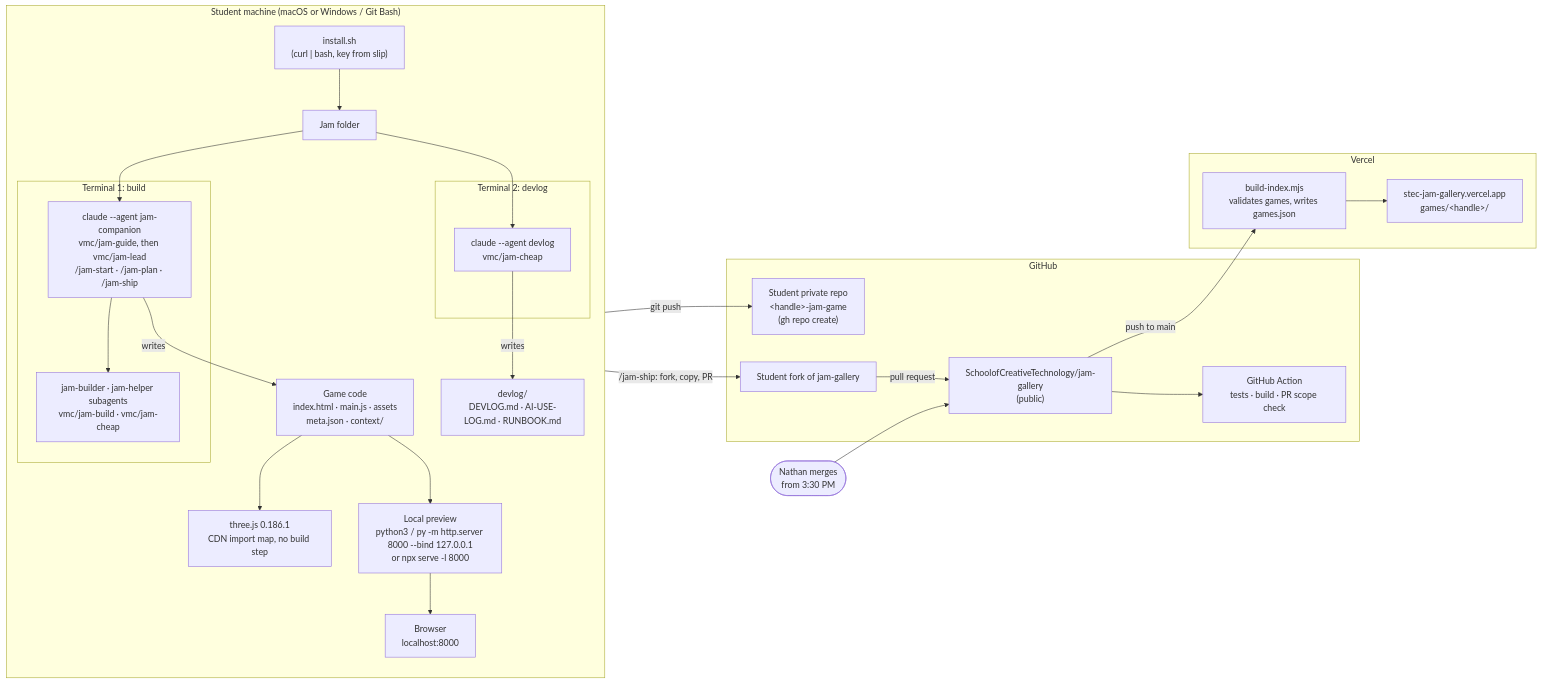
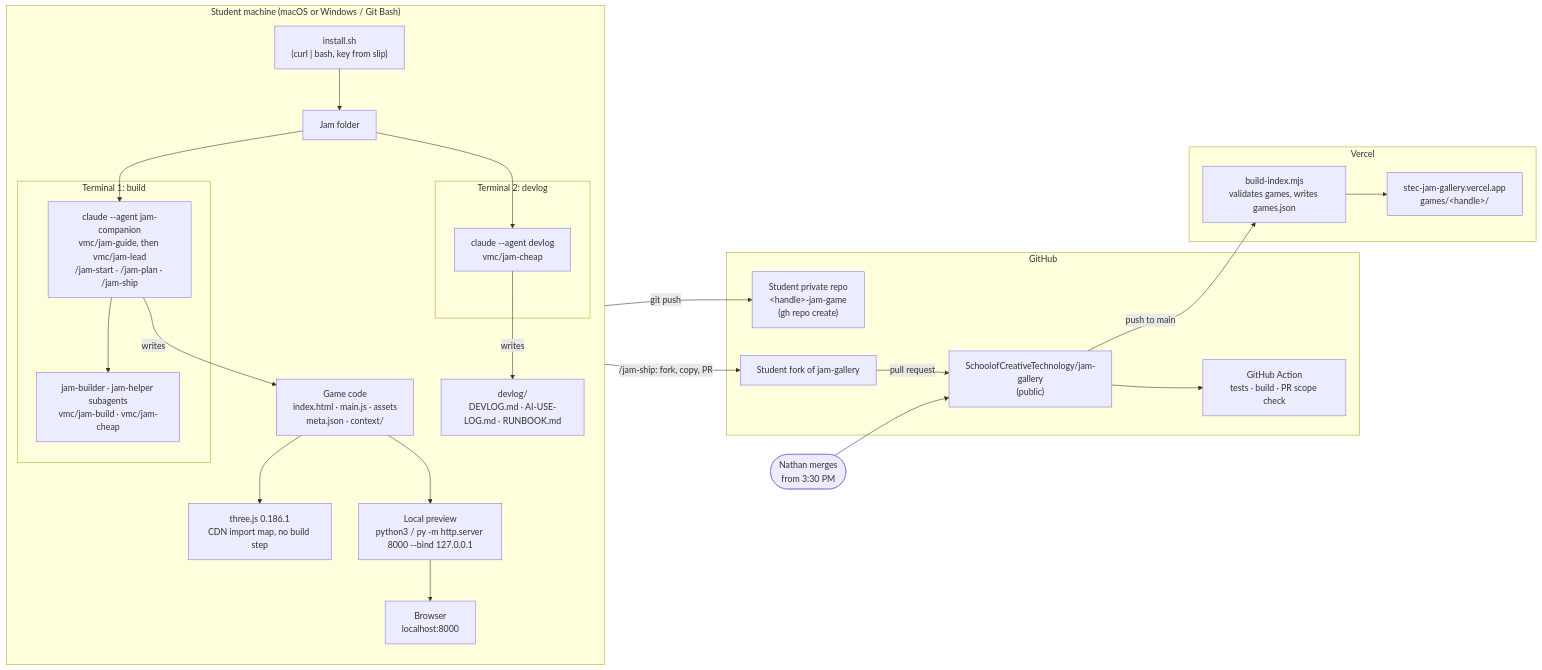
The diagram in STACK.md (SchoolofCreativeTechnology/anthropic-game-jam), drawn with Mermaid before and after one commit. The commit also changed 13 other files, not shown here.

````diff
--- a/STACK.md
+++ b/STACK.md
@@ -5,41 +5,41 @@
 ```mermaid
 flowchart LR
   subgraph Student["Student machine (macOS or Windows / Git Bash)"]
     direction TB
     Zip["install.sh<br/>(curl | bash, key from slip)"] --> Folder["Jam folder"]
     subgraph T1["Terminal 1: build"]
       Companion["claude --agent jam-companion<br/>vmc/jam-guide, then vmc/jam-lead<br/>/jam-start · /jam-plan · /jam-ship"]
       Builders["jam-builder · jam-helper subagents<br/>vmc/jam-build · vmc/jam-cheap"]
       Companion --> Builders
     end
     subgraph T2["Terminal 2: devlog"]
       Devlog["claude --agent devlog<br/>vmc/jam-cheap"]
     end
     Folder --> Companion
     Folder --> Devlog
     Companion -- writes --> Game["Game code<br/>index.html · main.js · assets<br/>meta.json · context/"]
     Devlog -- writes --> Log["devlog/<br/>DEVLOG.md · AI-USE-LOG.md · RUNBOOK.md"]
     Game --> Three["three.js 0.186.1<br/>CDN import map, no build step"]
-    Game --> Serve["Local preview<br/>python3 / py -m http.server 8000 --bind 127.0.0.1<br/>or npx serve -l 8000"]
+    Game --> Serve["Local preview<br/>python3 / py -m http.server 8000 --bind 127.0.0.1"]
     Serve --> Browser["Browser<br/>localhost:8000"]
   end
 
   subgraph GH["GitHub"]
     Private["Student private repo<br/>&lt;handle&gt;-jam-game<br/>(gh repo create)"]
     Fork["Student fork of jam-gallery"]
     Gallery["SchoolofCreativeTechnology/jam-gallery<br/>(public)"]
     CI["GitHub Action<br/>tests · build · PR scope check"]
   end
 
   subgraph Vercel["Vercel"]
     Build["build-index.mjs<br/>validates games, writes games.json"]
     Site["stec-jam-gallery.vercel.app<br/>games/&lt;handle&gt;/"]
   end
 
   Companion -- git push --> Private
   Companion -- "/jam-ship: fork, copy, PR" --> Fork
   Fork -- pull request --> Gallery
   Gallery --> CI
   Nathan(["Nathan merges<br/>from 3:30 PM"]) --> Gallery
   Gallery -- push to main --> Build --> Site
 ```
````
